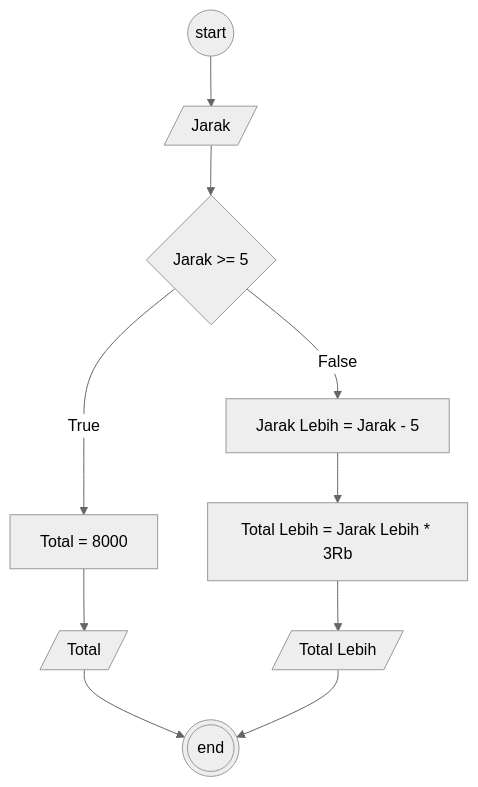
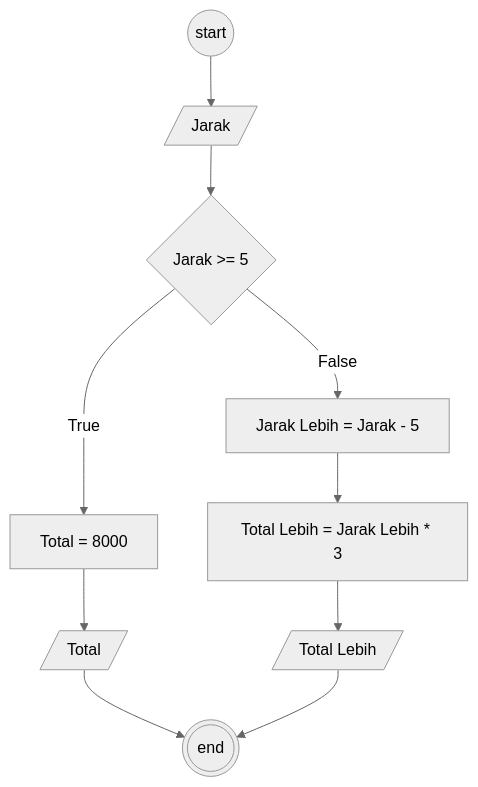
The diagram in minitask8.md (MohamadDimasPrayoga1010/koda-b4-algoritma), drawn with Mermaid (neutral theme) before and after one commit. The commit also changed other lines of this file, not shown here.

````diff
--- a/minitask8.md
+++ b/minitask8.md
@@ -3,9 +3,9 @@
 ```mermaid
 
 flowchart TD
 
 
 Start((start)) --> Jarak[/Jarak/] --> Decision{Jarak >= 5} -- True -->ongkir1[Total = 8000] -->TotalLebih[/Total/] -->End(((end)))
 
-Decision{Jarak >= 5} -- False -->ongkir2[Jarak Lebih = Jarak - 5]  -->ongkir[Total Lebih = Jarak Lebih * 3Rb] -->JarakLebih[/Total Lebih/] -->End(((end)))
+Decision{Jarak >= 5} -- False -->ongkir2[Jarak Lebih = Jarak - 5]  -->ongkir[Total Lebih = Jarak Lebih * 3] -->JarakLebih[/Total Lebih/] -->End(((end)))
 ```
````
